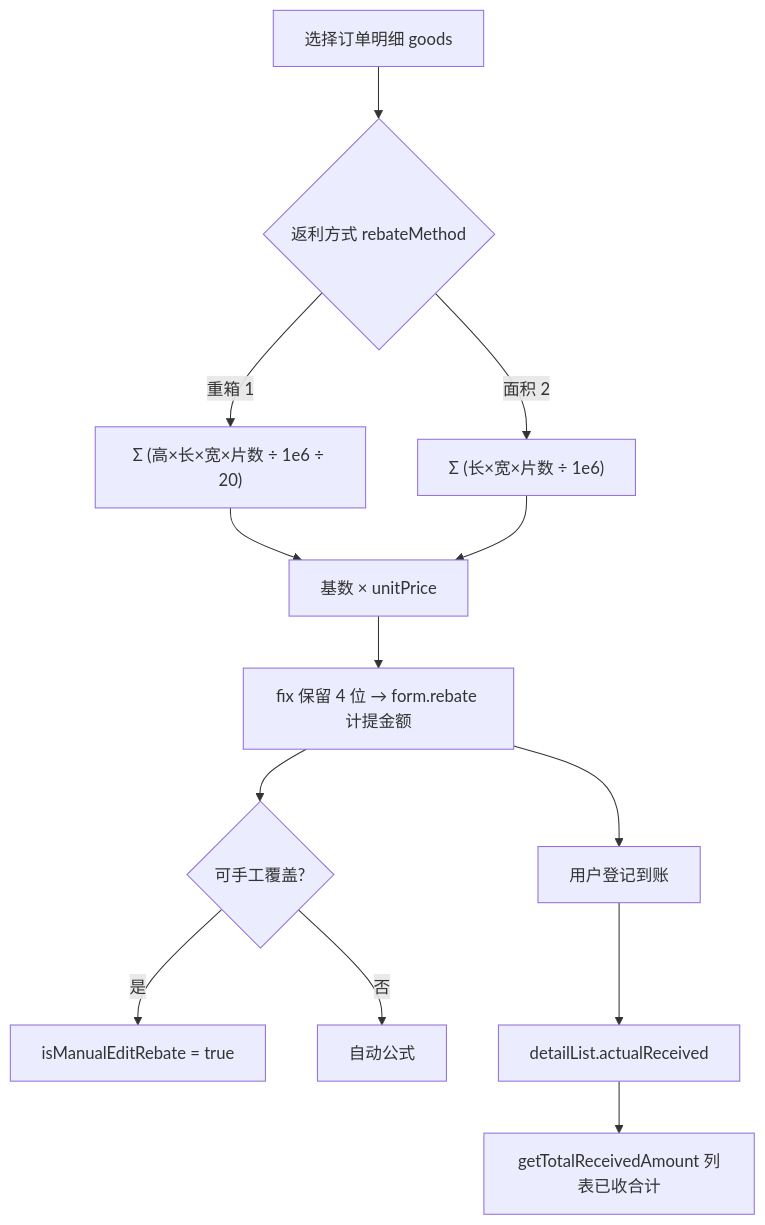
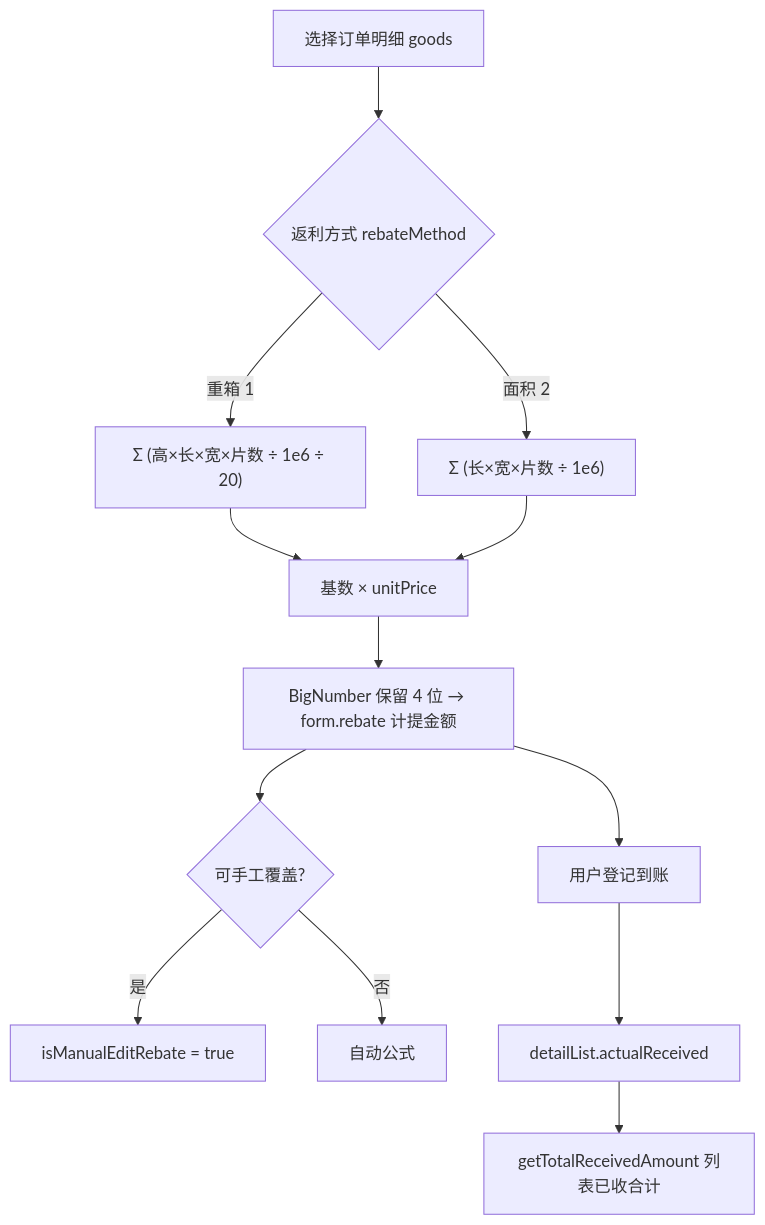
One commit to topfunplusnew/order-system-ui changed the diagram in docs/供应商返利计算说明.md. Above: the diagram before and after it, drawn with Mermaid. The commit also changed other lines of this file and 6 other files, not shown here.

````diff
--- a/docs/供应商返利计算说明.md
+++ b/docs/供应商返利计算说明.md
@@ -126,15 +126,15 @@
 ```mermaid
 flowchart TD
     A[选择订单明细 goods] --> B{返利方式 rebateMethod}
     B -->|重箱 1| C["Σ (高×长×宽×片数 ÷ 1e6 ÷ 20)"]
     B -->|面积 2| D["Σ (长×宽×片数 ÷ 1e6)"]
     C --> E["基数 × unitPrice"]
     D --> E
-    E --> F["fix 保留 4 位 → form.rebate 计提金额"]
+    E --> F["BigNumber 保留 4 位 → form.rebate 计提金额"]
     F --> G{可手工覆盖?}
     G -->|是| H[isManualEditRebate = true]
     G -->|否| I[自动公式]
     F --> J[用户登记到账]
     J --> K["detailList.actualReceived"]
     K --> L[getTotalReceivedAmount 列表已收合计]
 ```
````
